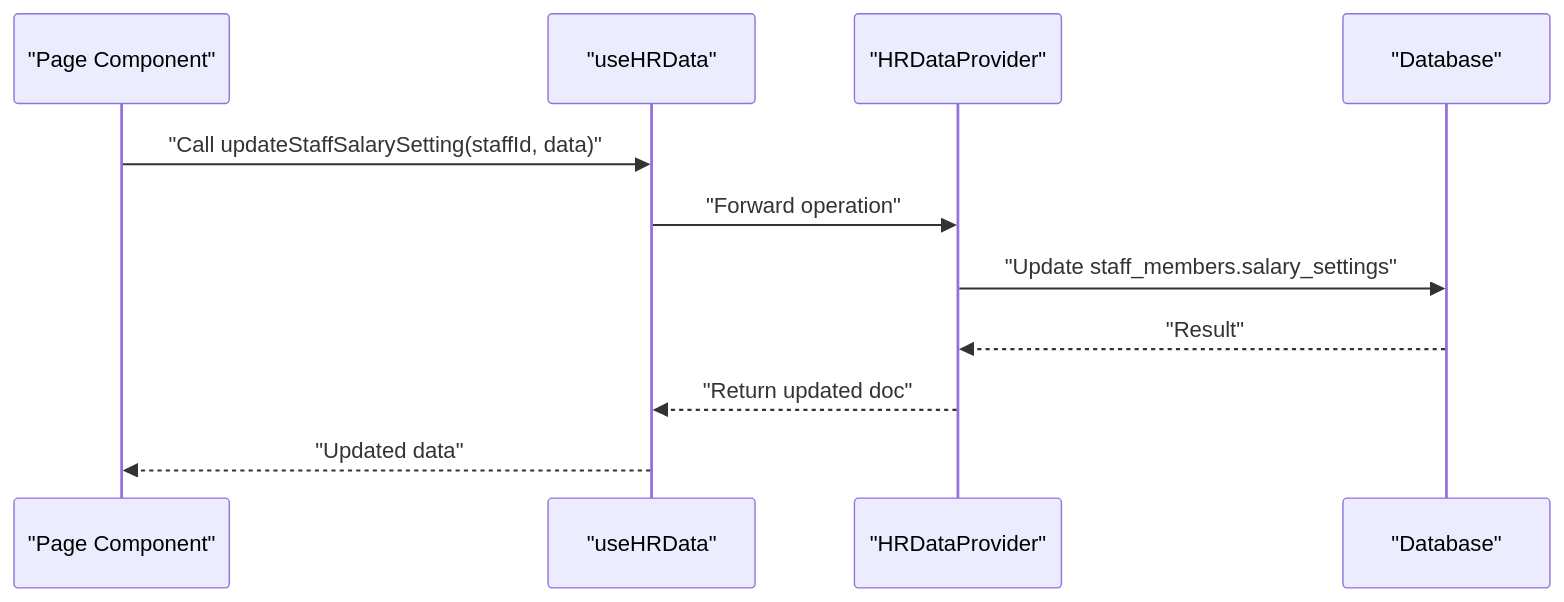
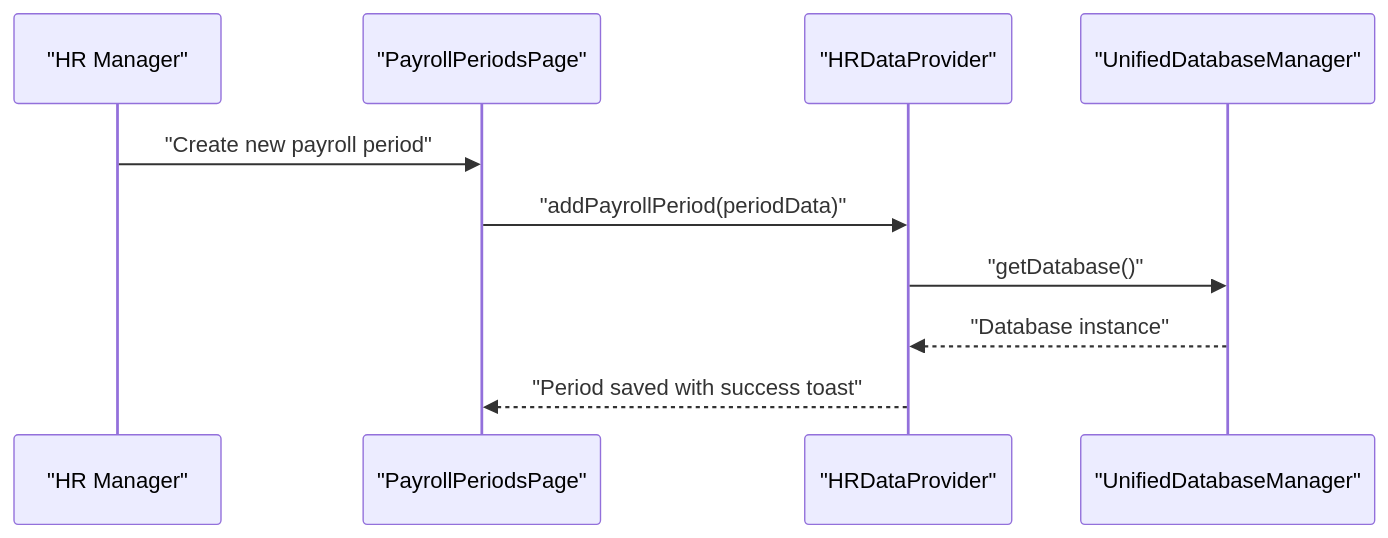
One commit to geniusdynamics/schoolpilot changed the eighth of 11 diagrams in .qoder/repowiki/en/content/Modules System/HR Module.md. Above: the diagram before and after it, drawn with Mermaid. The commit also changed other lines of this file and 16 other files, not shown here.

````diff
--- a/.qoder/repowiki/en/content/Modules System/HR Module.md
+++ b/.qoder/repowiki/en/content/Modules System/HR Module.md
@@ -227,13 +340,12 @@
 ```mermaid
 sequenceDiagram
-participant UI as "Page Component"
-participant Hook as "useHRData"
-participant Provider as "HRDataProvider"
-participant DB as "Database"
-UI->>Hook : "Call updateStaffSalarySetting(staffId, data)"
-Hook->>Provider : "Forward operation"
-Provider->>DB : "Update staff_members.salary_settings"
-DB-->>Provider : "Result"
-Provider-->>Hook : "Return updated doc"
-Hook-->>UI : "Updated data"
+participant Admin as "HR Manager"
+participant Periods as "PayrollPeriodsPage"
+participant Facade as "HRDataProvider"
+participant DB as "UnifiedDatabaseManager"
+Admin->>Periods : "Create new payroll period"
+Periods->>Facade : "addPayrollPeriod(periodData)"
+Facade->>DB : "getDatabase()"
+DB-->>Facade : "Database instance"
+Facade-->>Periods : "Period saved with success toast"
 ```
````
